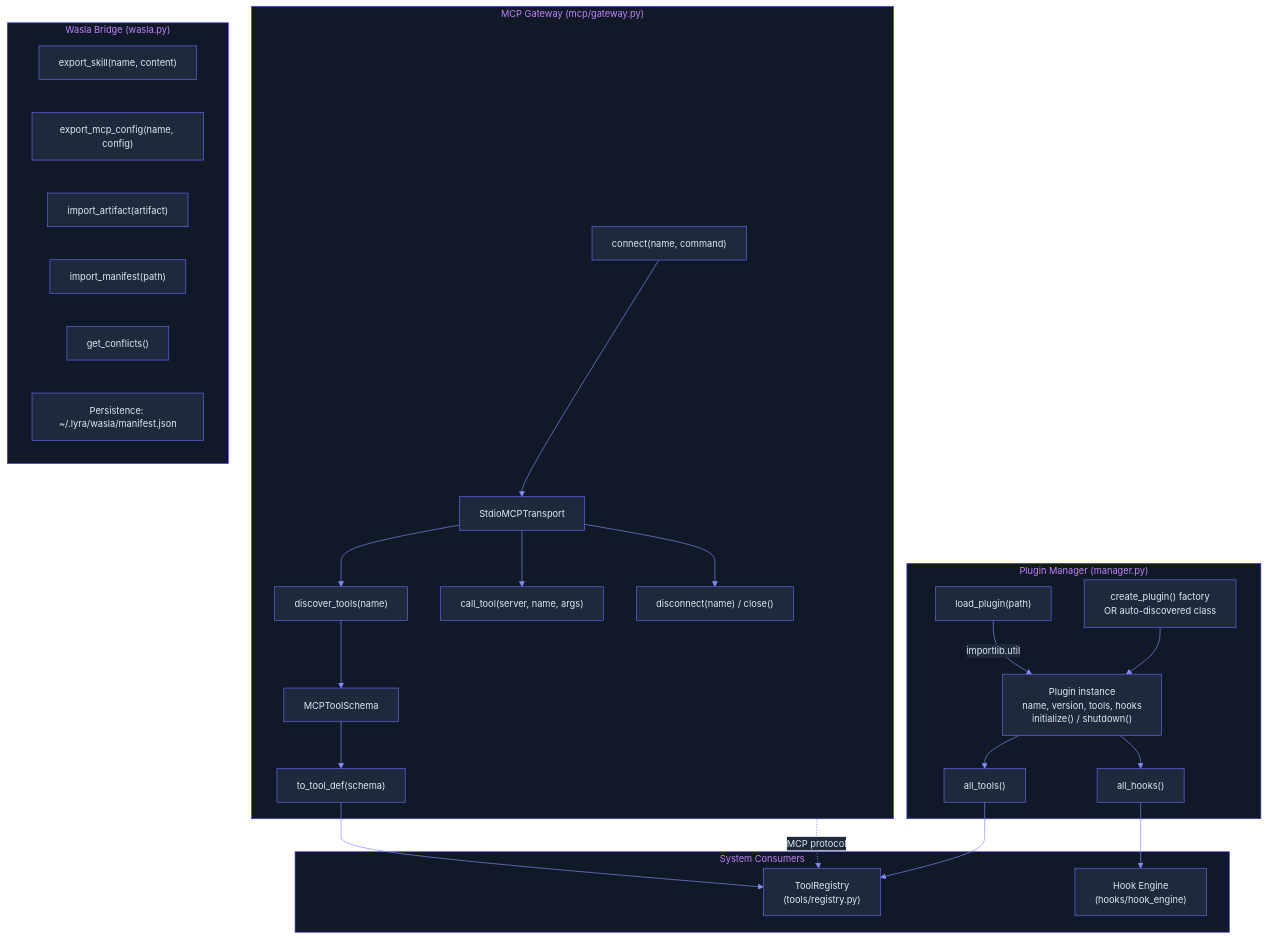
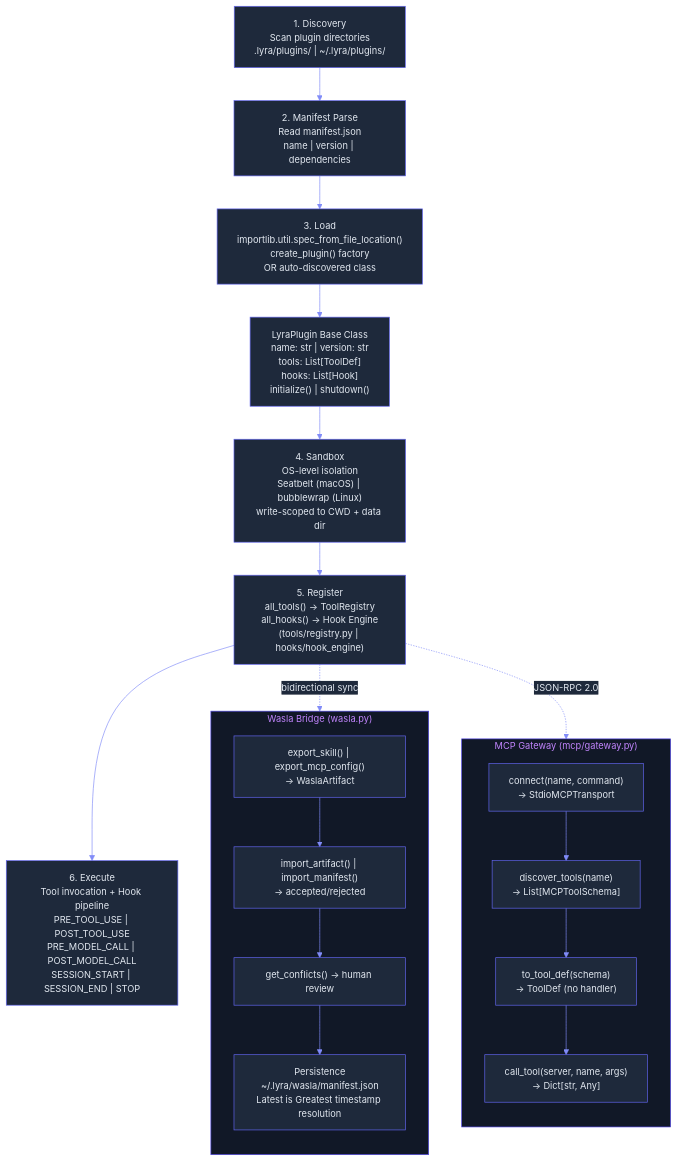
Before and after one commit to ndqkhanh/lyra: the second of 2 diagrams in docs/innovations/plugins.md, drawn with Mermaid. The commit also changed other lines of this file and 186 other files, not shown here.

````diff
--- a/docs/innovations/plugins.md
+++ b/docs/innovations/plugins.md
@@ -128,62 +128,49 @@
 ```mermaid
 %%{init: {'theme': 'base', 'themeVariables': {
   'primaryColor': '#7c3aed',
   'primaryTextColor': '#e2e8f0',
   'primaryBorderColor': '#a78bfa',
   'lineColor': '#818cf8',
   'secondaryColor': '#1e293b',
   'tertiaryColor': '#0f172a',
   'background': '#0d0d1a',
   'mainBkg': '#1e293b',
   'nodeBorder': '#6366f1',
   'clusterBkg': '#111827',
   'clusterBorder': '#4f46e5',
   'titleColor': '#c084fc',
   'edgeLabelBackground': '#1e293b',
   'nodeTextColor': '#e2e8f0',
   'fontSize': '14px'
 }}}%%
-graph TB
-    subgraph PluginMgr["Plugin Manager (manager.py)"]
-        LOAD["load_plugin(path)"]
-        PLUGIN["Plugin instance<br/>name, version, tools, hooks<br/>initialize() / shutdown()"]
-        FACTORY["create_plugin() factory<br/>OR auto-discovered class"]
-        ALL_T["all_tools()"]
-        ALL_H["all_hooks()"]
-        LOAD -->|"importlib.util"| PLUGIN
-        FACTORY --> PLUGIN
-        PLUGIN --> ALL_T
-        PLUGIN --> ALL_H
+flowchart TB
+    DISCOVER["1. Discovery<br/>Scan plugin directories<br/>.lyra/plugins/ | ~/.lyra/plugins/"]
+    DISCOVER --> PARSE["2. Manifest Parse<br/>Read manifest.json<br/>name | version | dependencies"]
+    PARSE --> LOAD["3. Load<br/>importlib.util.spec_from_file_location()<br/>create_plugin() factory<br/>OR auto-discovered class"]
+    LOAD --> PLUGIN["LyraPlugin Base Class<br/>name: str | version: str<br/>tools: List[ToolDef]<br/>hooks: List[Hook]<br/>initialize() | shutdown()"]
+    PLUGIN --> SANDBOX["4. Sandbox<br/>OS-level isolation<br/>Seatbelt (macOS) | bubblewrap (Linux)<br/>write-scoped to CWD + data dir"]
+    SANDBOX --> REGISTER["5. Register<br/>all_tools() → ToolRegistry<br/>all_hooks() → Hook Engine<br/>(tools/registry.py | hooks/hook_engine)"]
+    REGISTER --> EXECUTE["6. Execute<br/>Tool invocation + Hook pipeline<br/>PRE_TOOL_USE | POST_TOOL_USE<br/>PRE_MODEL_CALL | POST_MODEL_CALL<br/>SESSION_START | SESSION_END | STOP"]
+
+    subgraph WASLA["Wasla Bridge (wasla.py)"]
+        direction TB
+        WEXP["export_skill() | export_mcp_config()<br/>→ WaslaArtifact"]
+        WIMP["import_artifact() | import_manifest()<br/>→ accepted/rejected"]
+        WCONF["get_conflicts() → human review"]
+        WPERSIST["Persistence<br/>~/.lyra/wasla/manifest.json<br/>Latest is Greatest timestamp resolution"]
+        WEXP --> WIMP --> WCONF --> WPERSIST
     end
-    subgraph Consumers["System Consumers"]
-        TOOLREG["ToolRegistry<br/>(tools/registry.py)"]
-        HOOKENG["Hook Engine<br/>(hooks/hook_engine)"]
+
+    REGISTER -.->|"bidirectional sync"| WASLA
+
+    subgraph MCP["MCP Gateway (mcp/gateway.py)"]
+        direction TB
+        MCONN["connect(name, command)<br/>→ StdioMCPTransport"]
+        MDISC["discover_tools(name)<br/>→ List[MCPToolSchema]"]
+        MTRANS["to_tool_def(schema)<br/>→ ToolDef (no handler)"]
+        MCALL["call_tool(server, name, args)<br/>→ Dict[str, Any]"]
+        MCONN --> MDISC --> MTRANS --> MCALL
     end
-    subgraph MCPGW["MCP Gateway (mcp/gateway.py)"]
-        CONNECT["connect(name, command)"]
-        TRANSPORT["StdioMCPTransport"]
-        DISCOVER["discover_tools(name)"]
-        SCHEMA["MCPToolSchema"]
-        TODEF["to_tool_def(schema)"]
-        CALL["call_tool(server, name, args)"]
-        DISCONNECT["disconnect(name) / close()"]
-        CONNECT --> TRANSPORT
-        TRANSPORT --> DISCOVER
-        DISCOVER --> SCHEMA
-        SCHEMA --> TODEF
-        TRANSPORT --> CALL
-        TRANSPORT --> DISCONNECT
-    end
-    subgraph Wasla["Wasla Bridge (wasla.py)"]
-        EXP_SK["export_skill(name, content)"]
-        EXP_MCP["export_mcp_config(name, config)"]
-        IMP_ART["import_artifact(artifact)"]
-        IMP_MAN["import_manifest(path)"]
-        CONFLICT["get_conflicts()"]
-        PERSIST["Persistence: ~/.lyra/wasla/manifest.json"]
-    end
-    ALL_T --> TOOLREG
-    ALL_H --> HOOKENG
-    TODEF --> TOOLREG
-    MCPGW -.->|"MCP protocol"| TOOLREG
+
+    REGISTER -.->|"JSON-RPC 2.0"| MCP
 ```
````
